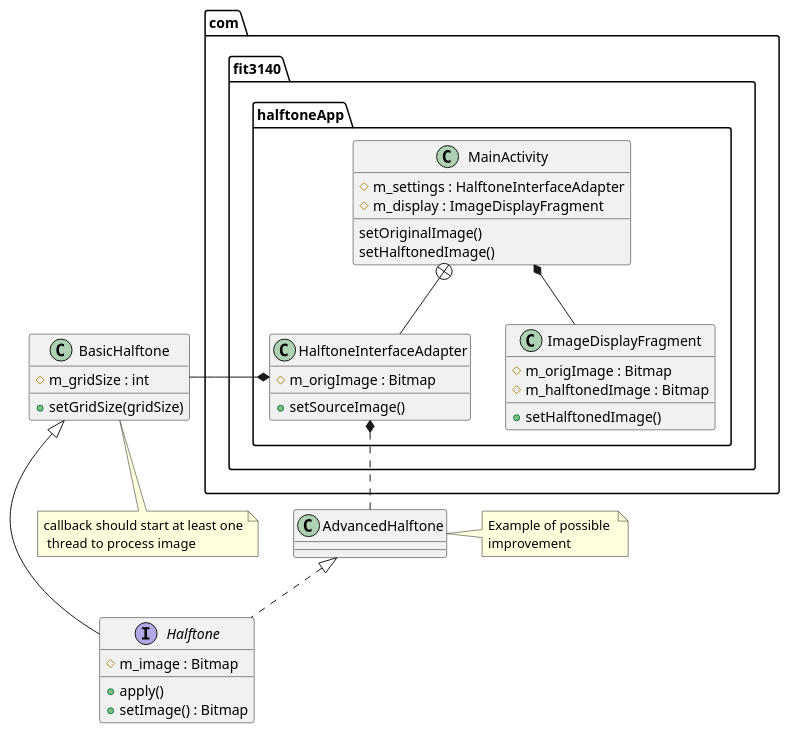
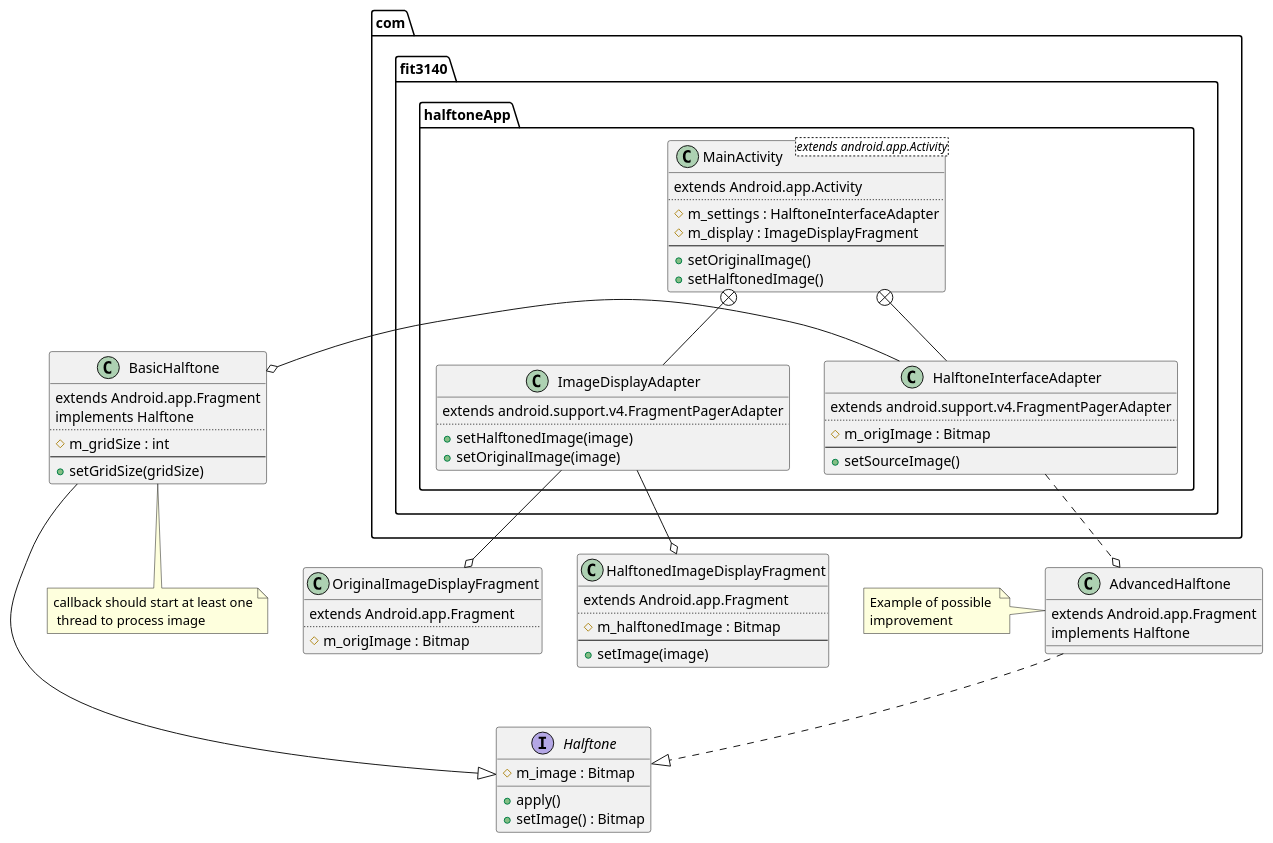
One commit to jh247247/FIT3140-Application changed the diagram in doc/uml.org. Above: the diagram before and after it, drawn with PlantUML. The commit also changed other lines of this file and 2 other files, not shown here.

Commit message:
Fixed up uml diagram to show inheritance as well as proper structure.

```diff
--- a/doc/uml.org
+++ b/doc/uml.org
@@ -5,46 +6,76 @@
 #+begin_src plantuml :file main.png
 'skinparam monochrome true 
 package com.fit3140.halftoneApp {
 MainActivity +-- HalftoneInterfaceAdapter
-MainActivity *-- ImageDisplayFragment
+MainActivity +-- ImageDisplayAdapter
 
-class MainActivity {
+class MainActivity <extends android.app.Activity>{
+extends Android.app.Activity
+..
 #m_settings : HalftoneInterfaceAdapter
 #m_display : ImageDisplayFragment
-setOriginalImage()
-setHalftonedImage()
+--
++setOriginalImage()
++setHalftonedImage()
 }
 
 class HalftoneInterfaceAdapter {
+extends android.support.v4.FragmentPagerAdapter
+..
 #m_origImage : Bitmap
+--
 +setSourceImage()
 }
 
-class ImageDisplayFragment {
-#m_origImage : Bitmap
-#m_halftonedImage : Bitmap
-+setHalftonedImage()
+class ImageDisplayAdapter {
+extends android.support.v4.FragmentPagerAdapter
+..
++setHalftonedImage(image)
++setOriginalImage(image)
 }
 
 }
-BasicHalftone <|- Halftone
-AdvancedHalftone <|.. Halftone
-HalftoneInterfaceAdapter *- BasicHalftone
-HalftoneInterfaceAdapter *.. AdvancedHalftone
+BasicHalftone -|> Halftone
+AdvancedHalftone ..|> Halftone
+HalftoneInterfaceAdapter -o BasicHalftone
+HalftoneInterfaceAdapter ..o AdvancedHalftone
+ImageDisplayAdapter --o OriginalImageDisplayFragment
+ImageDisplayAdapter --o HalftonedImageDisplayFragment
 
+class OriginalImageDisplayFragment {
+extends Android.app.Fragment
+..
+#m_origImage : Bitmap
+}
+
+class HalftonedImageDisplayFragment {
+extends Android.app.Fragment
+..
+#m_halftonedImage : Bitmap
+--
++setImage(image)
+}
 
 class BasicHalftone {
+extends Android.app.Fragment
+implements Halftone
+..
 #m_gridSize : int
+--
 +setGridSize(gridSize)
 }
 
+class AdvancedHalftone {
+extends Android.app.Fragment
+implements Halftone
+}
+
 note bottom of BasicHalftone: callback should start at least one\n thread to process image
-note right of AdvancedHalftone: Example of possible \nimprovement
+note left of AdvancedHalftone: Example of possible \nimprovement
 interface Halftone {
-
 #m_image : Bitmap
 +apply()
 +setImage() : Bitmap
 }
 
 #+end_src
```
